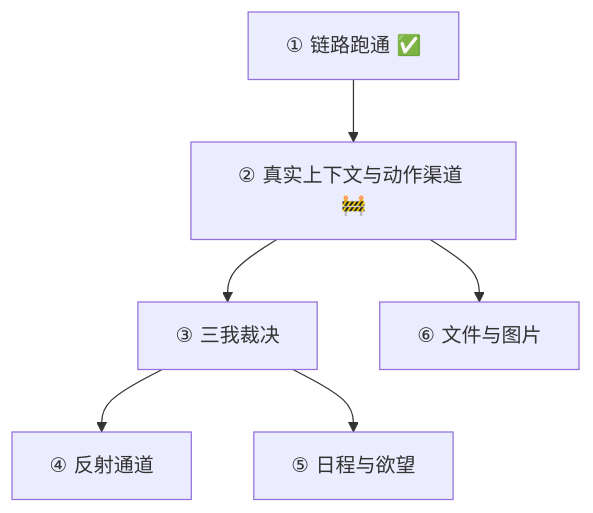
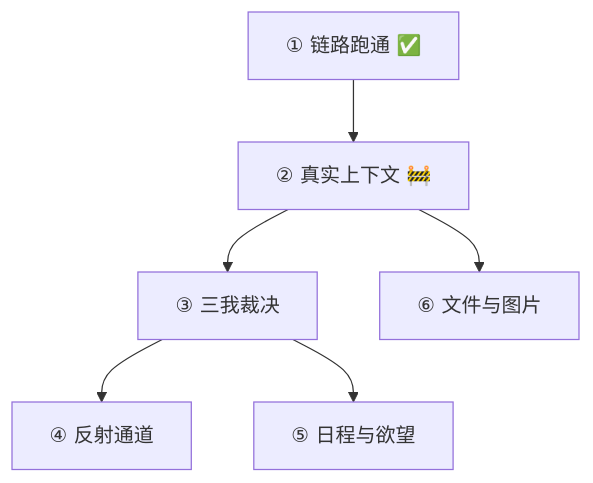
Before and after one commit to Greatdom/cat: the third of 3 diagrams in docs/开发计划-短期.md, drawn with Mermaid. The commit also changed other lines of this file and 5 other files, not shown here.

````diff
--- a/docs/开发计划-短期.md
+++ b/docs/开发计划-短期.md
@@ -113,8 +115,8 @@
 ```mermaid
 flowchart TD
-    S1["① 链路跑通 ✅"] --> S2["② 真实上下文与动作渠道 🚧"]
+    S1["① 链路跑通 ✅"] --> S2["② 真实上下文 🚧"]
     S2 --> S3["③ 三我裁决"]
     S2 --> S6["⑥ 文件与图片"]
     S3 --> S4["④ 反射通道"]
     S3 --> S5["⑤ 日程与欲望"]
 ```
````
